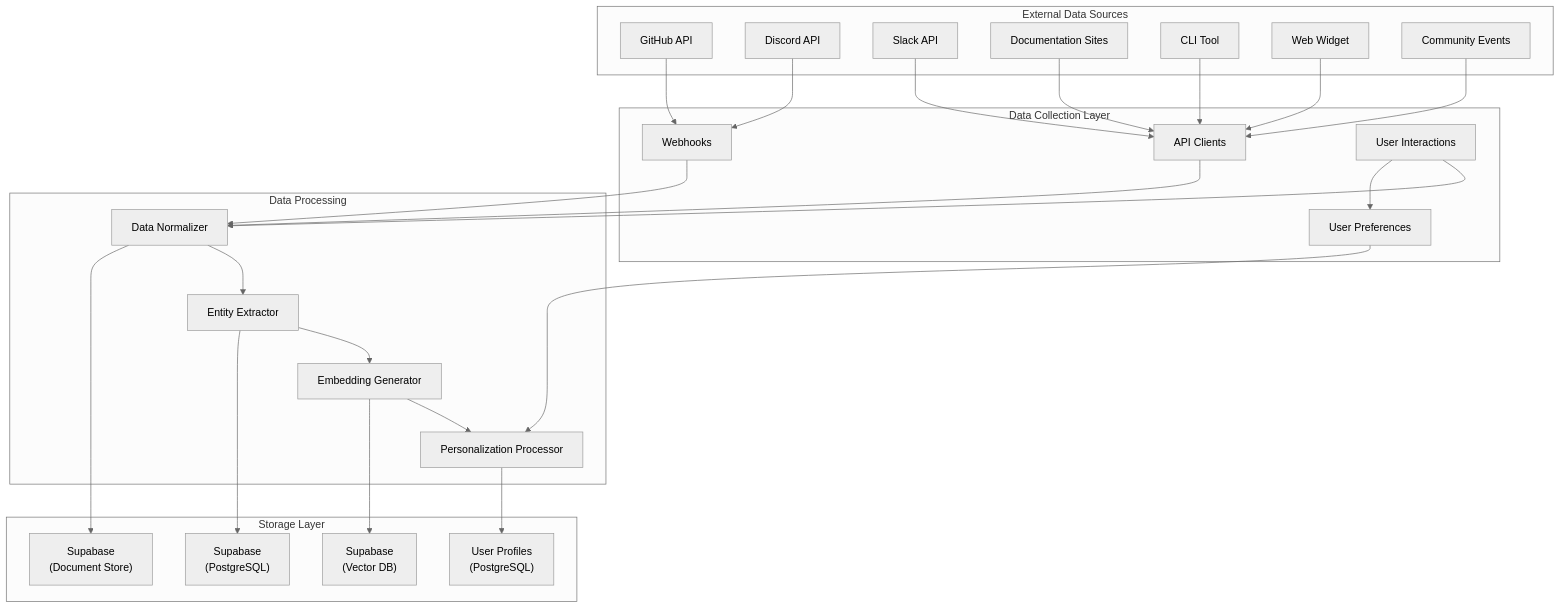
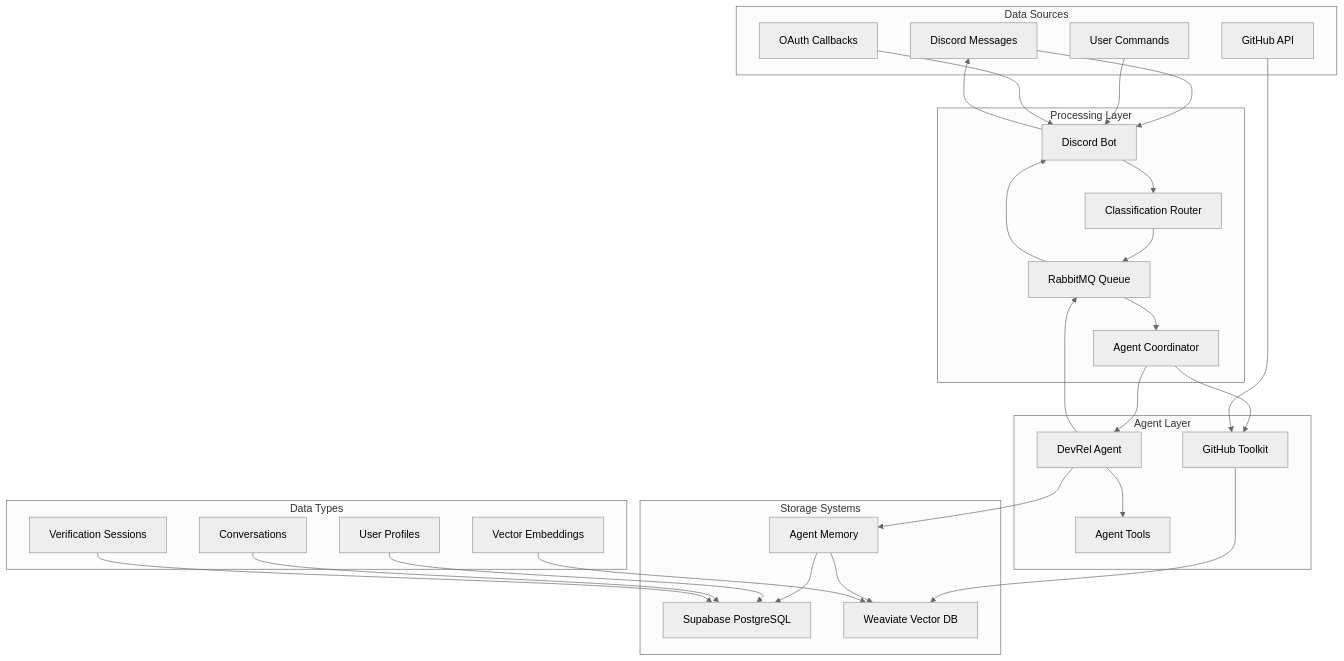
One commit to smokeyScraper/Devr.AI changed diagram 12 of 13 in README.md. Above: the diagram before and after it, drawn with Mermaid (neutral theme). The commit also changed other lines of this file, not shown here.

````diff
--- a/README.md
+++ b/README.md
@@ -1087,56 +1231,66 @@
 ```mermaid
 flowchart TB
-    subgraph "External Data Sources"
-        GH["GitHub API"]
-        DS["Discord API"]
-        SL["Slack API"]
-        DOC["Documentation Sites"]
-        CLI["CLI Tool"]
-        WEB["Web Widget"]
-        EVENT["Community Events"]
+    subgraph "Data Sources"
+        DISCORD["Discord Messages"]
+        GITHUB_API["GitHub API"]
+        USER_INPUT["User Commands"]
+        OAUTH["OAuth Callbacks"]
     end
 
-    subgraph "Data Collection Layer"
-        WH["Webhooks"]
-        API["API Clients"]
-        UI["User Interactions"]
-        PREF["User Preferences"]
+    subgraph "Processing Layer"
+        BOT["Discord Bot"]
+        CLASSIFIER["Classification Router"]
+        RABBIT["RabbitMQ Queue"]
+        COORD["Agent Coordinator"]
     end
 
-    subgraph "Data Processing"
-        NORM["Data Normalizer"]
-        EXTR["Entity Extractor"]
-        EMB["Embedding Generator"]
-        PERS["Personalization Processor"]
+    subgraph "Agent Layer"
+        DEVREL["DevRel Agent"]
+        GITHUB_AGENT["GitHub Toolkit"]
+        TOOLS["Agent Tools"]
     end
 
-    subgraph "Storage Layer"
-        PIN["Supabase<br>(Vector DB)"]
-        SUP["Supabase<br>(PostgreSQL)"]
-        MDB["Supabase<br>(Document Store)"]
-        UP["User Profiles<br>(PostgreSQL)"]
+    subgraph "Storage Systems"
+        SUPA["Supabase PostgreSQL"]
+        WEAVIATE["Weaviate Vector DB"]
+        MEMORY["Agent Memory"]
     end
 
-    GH --> WH
-    DS --> WH
-    SL --> API
-    DOC --> API
-    CLI --> API
-    WEB --> API
-    EVENT --> API
+    subgraph "Data Types"
+        USERS["User Profiles"]
+        CONVOS["Conversations"]
+        EMBEDDINGS["Vector Embeddings"]
+        SESSIONS["Verification Sessions"]
+    end
 
-    WH --> NORM
-    API --> NORM
-    UI --> NORM
-    UI --> PREF
+    %% Data Flow
+    DISCORD --> BOT
+    USER_INPUT --> BOT
+    OAUTH --> BOT
 
-    NORM --> EXTR
-    EXTR --> EMB
-    PREF --> PERS
-    EMB --> PERS
+    BOT --> CLASSIFIER
+    CLASSIFIER --> RABBIT
+    RABBIT --> COORD
 
-    EMB --> PIN
-    EXTR --> SUP
-    NORM --> MDB
-    PERS --> UP
+    COORD --> DEVREL
+    COORD --> GITHUB_AGENT
+    DEVREL --> TOOLS
+
+    GITHUB_API --> GITHUB_AGENT
+    GITHUB_AGENT --> WEAVIATE
+
+    %% Storage Connections
+    DEVREL --> MEMORY
+    MEMORY --> SUPA
+    MEMORY --> WEAVIATE
+
+    USERS --> SUPA
+    CONVOS --> SUPA
+    EMBEDDINGS --> WEAVIATE
+    SESSIONS --> SUPA
+
+    %% Response Flow
+    DEVREL --> RABBIT
+    RABBIT --> BOT
+    BOT --> DISCORD
 ```
````
